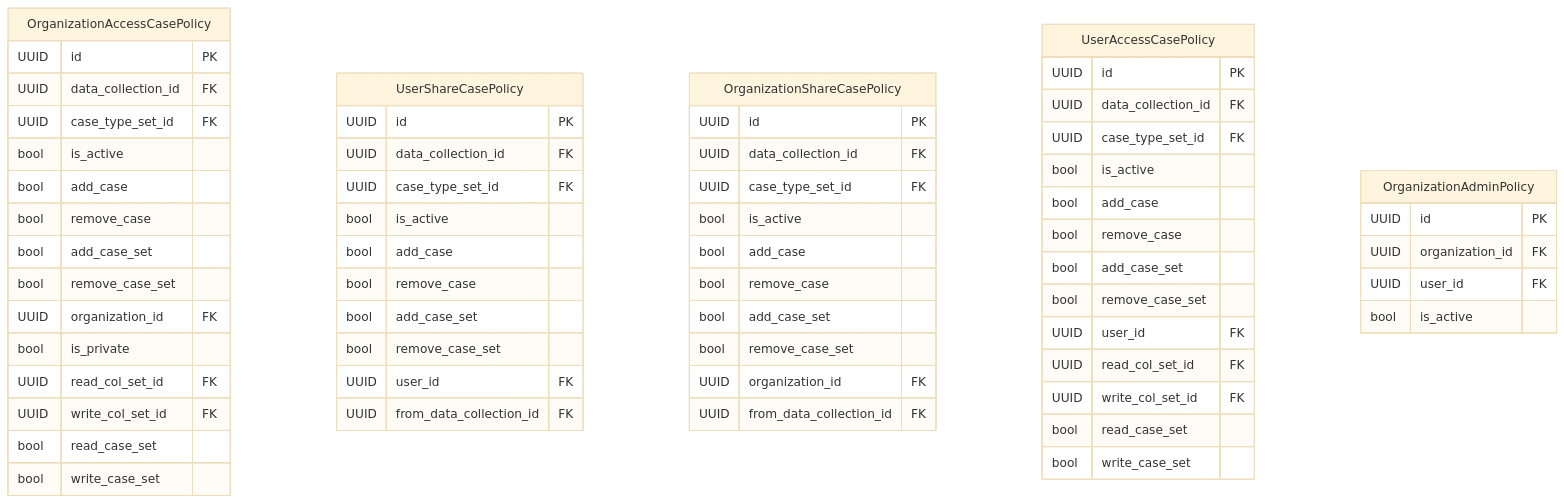
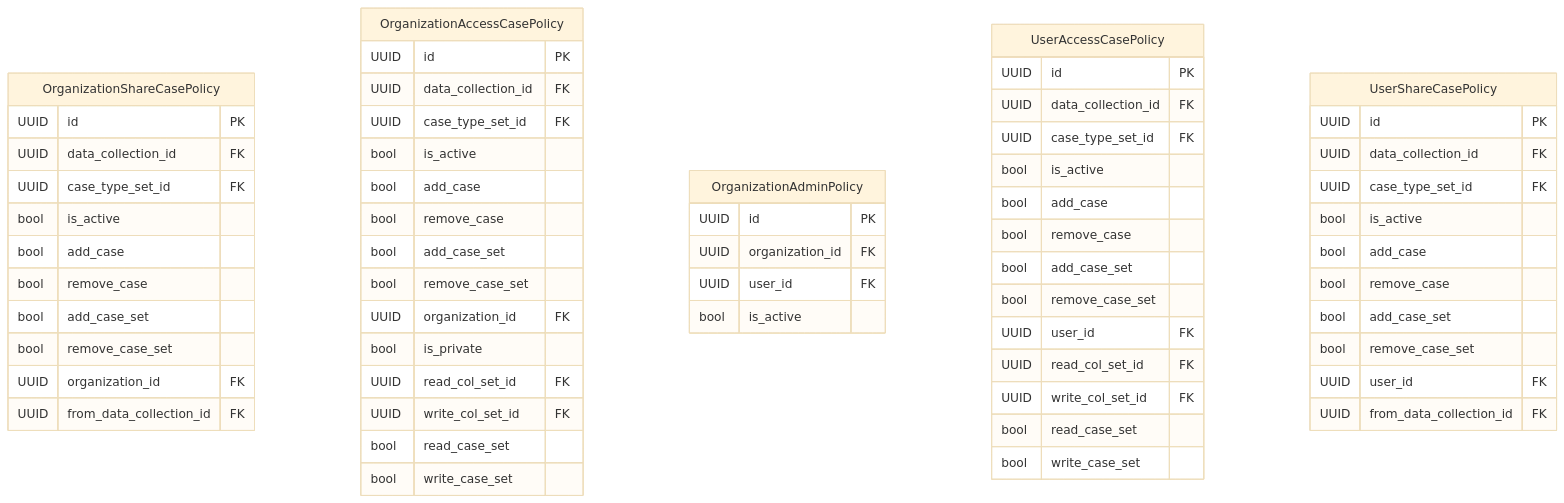
The diagram in docs/erm/casedb.abac.detailed.md (RIVM-bioinformatics/gen-epix-api), drawn with Mermaid (base theme) before and after one commit. The commit also changed other lines of this file and 229 other files, not shown here.

````diff
--- a/docs/erm/casedb.abac.detailed.md
+++ b/docs/erm/casedb.abac.detailed.md
@@ -5,72 +5,72 @@
 ```mermaid
 erDiagram
     %% casedb / ABAC (detailed)
 
     %% Entity definitions
+    OrganizationShareCasePolicy {
+        UUID id PK
+        UUID data_collection_id FK
+        UUID case_type_set_id FK
+        bool is_active
+        bool add_case
+        bool remove_case
+        bool add_case_set
+        bool remove_case_set
+        UUID organization_id FK
+        UUID from_data_collection_id FK
+    }
+
     OrganizationAccessCasePolicy {
         UUID id PK
         UUID data_collection_id FK
         UUID case_type_set_id FK
         bool is_active
         bool add_case
         bool remove_case
         bool add_case_set
         bool remove_case_set
         UUID organization_id FK
         bool is_private
+        UUID read_col_set_id FK
+        UUID write_col_set_id FK
+        bool read_case_set
+        bool write_case_set
+    }
+
+    OrganizationAdminPolicy {
+        UUID id PK
+        UUID organization_id FK
+        UUID user_id FK
+        bool is_active
+    }
+
+    UserAccessCasePolicy {
+        UUID id PK
+        UUID data_collection_id FK
+        UUID case_type_set_id FK
+        bool is_active
+        bool add_case
+        bool remove_case
+        bool add_case_set
+        bool remove_case_set
+        UUID user_id FK
         UUID read_col_set_id FK
         UUID write_col_set_id FK
         bool read_case_set
         bool write_case_set
     }
 
     UserShareCasePolicy {
         UUID id PK
         UUID data_collection_id FK
         UUID case_type_set_id FK
         bool is_active
         bool add_case
         bool remove_case
         bool add_case_set
         bool remove_case_set
         UUID user_id FK
         UUID from_data_collection_id FK
     }
 
-    OrganizationShareCasePolicy {
-        UUID id PK
-        UUID data_collection_id FK
-        UUID case_type_set_id FK
-        bool is_active
-        bool add_case
-        bool remove_case
-        bool add_case_set
-        bool remove_case_set
-        UUID organization_id FK
-        UUID from_data_collection_id FK
-    }
-
-    UserAccessCasePolicy {
-        UUID id PK
-        UUID data_collection_id FK
-        UUID case_type_set_id FK
-        bool is_active
-        bool add_case
-        bool remove_case
-        bool add_case_set
-        bool remove_case_set
-        UUID user_id FK
-        UUID read_col_set_id FK
-        UUID write_col_set_id FK
-        bool read_case_set
-        bool write_case_set
-    }
-
-    OrganizationAdminPolicy {
-        UUID id PK
-        UUID organization_id FK
-        UUID user_id FK
-        bool is_active
-    }
-
 ```
````
